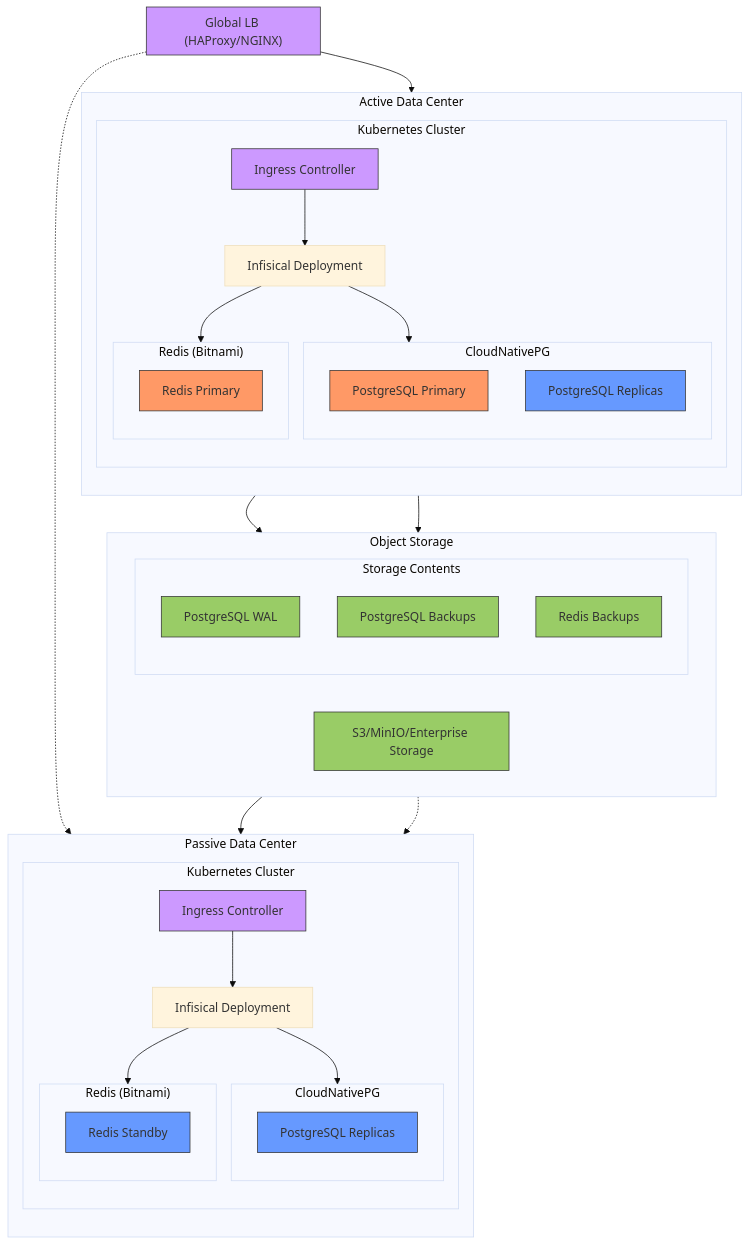
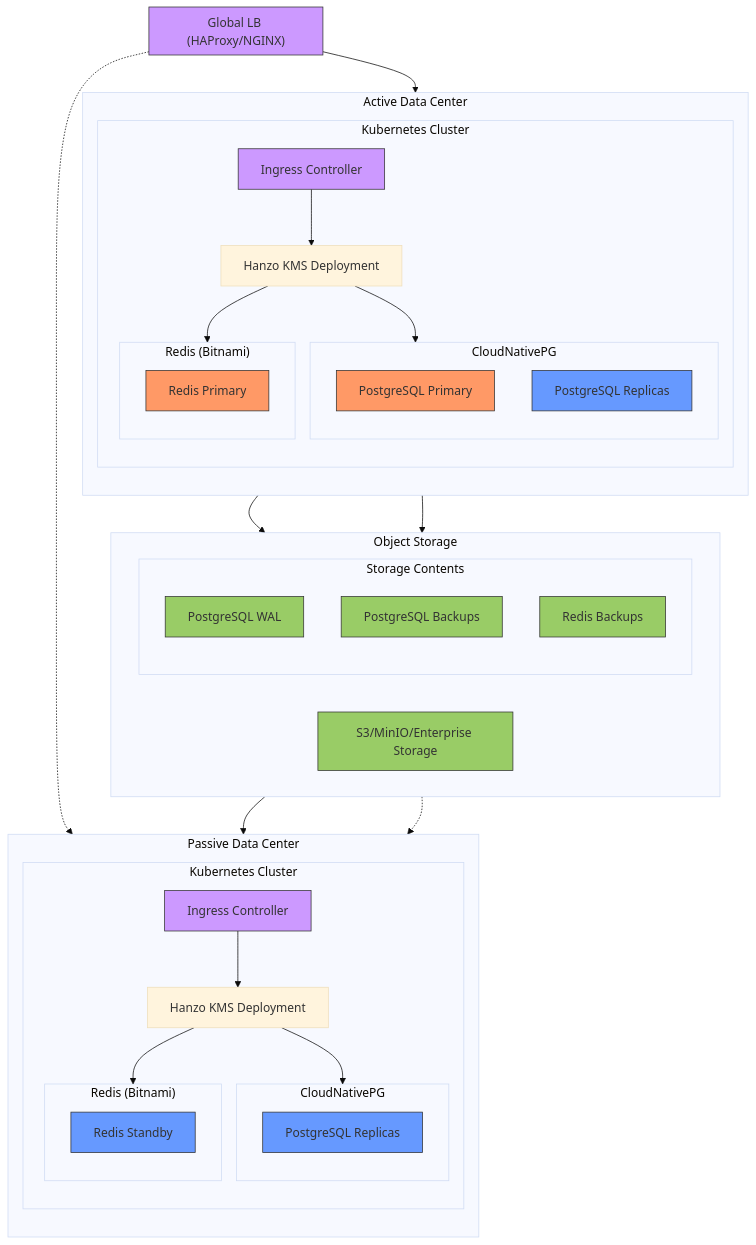
One commit to hanzoai/kms changed the diagram in docs/self-hosting/reference-architectures/on-prem-k8s-ha.mdx. Above: the diagram before and after it, drawn with Mermaid (base theme). The commit also changed other lines of this file and 927 other files, not shown here.

First line of the commit message:
feat: complete Hanzo KMS rebranding across upstream merge

````diff
--- a/docs/self-hosting/reference-architectures/on-prem-k8s-ha.mdx
+++ b/docs/self-hosting/reference-architectures/on-prem-k8s-ha.mdx
@@ -11,79 +11,79 @@
 ```mermaid
 flowchart TB
     subgraph GLB["Global LB (HAProxy/NGINX)"]
     end
 
     subgraph OS["Object Storage"]
         direction LR
         store["S3/MinIO/Enterprise Storage"]
         subgraph store_contents["Storage Contents"]
             wal["PostgreSQL WAL"]
             pgbackup["PostgreSQL Backups"]
             redisbackup["Redis Backups"]
         end
     end
 
     subgraph DC1["Active Data Center"]
         direction TB
         subgraph k8s1["Kubernetes Cluster"]
             ing1["Ingress Controller"]
-            app1["Infisical Deployment"]
+            app1["Hanzo KMS Deployment"]
             
             subgraph db1["CloudNativePG"]
                 pg1p["PostgreSQL Primary"]
                 pg1r["PostgreSQL Replicas"]
             end
             
             subgraph red1["Redis (Bitnami)"]
                 rp1["Redis Primary"]
             end
         end
     end
 
     subgraph DC2["Passive Data Center"]
         direction TB
         subgraph k8s2["Kubernetes Cluster"]
             ing2["Ingress Controller"]
-            app2["Infisical Deployment"]
+            app2["Hanzo KMS Deployment"]
             
             subgraph db2["CloudNativePG"]
                 pg2["PostgreSQL Replicas"]
             end
             
             subgraph red2["Redis (Bitnami)"]
                 r2["Redis Standby"]
             end
         end
     end
 
     %% Connections
     GLB --> ing1
     GLB -.-> ing2
     
     %% Database connections
     pg1p --> store
     store --> pg2
     
     %% Redis backup flow
     rp1 --> store
     store -.-> r2
     
     %% Intra-DC connections
     ing1 --> app1
     app1 --> db1
     app1 --> red1
     
     ing2 --> app2
     app2 --> db2
     app2 --> red2
 
     classDef primary fill:#f96,stroke:#333
     classDef replica fill:#69f,stroke:#333
     classDef storage fill:#9c6,stroke:#333
     classDef lb fill:#c9f,stroke:#333
     
     class pg1p,rp1 primary
     class pg1r,pg2,r2 replica
     class store,wal,pgbackup,redisbackup storage
     class GLB,ing1,ing2 lb
 ```
````
